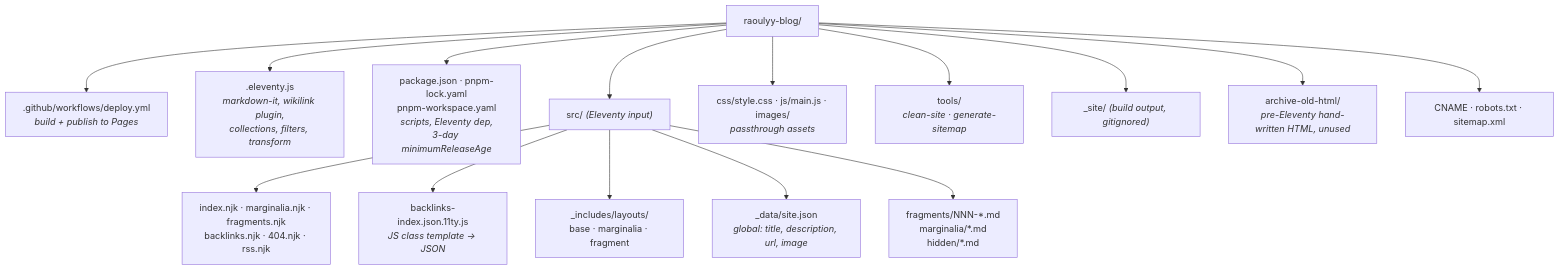
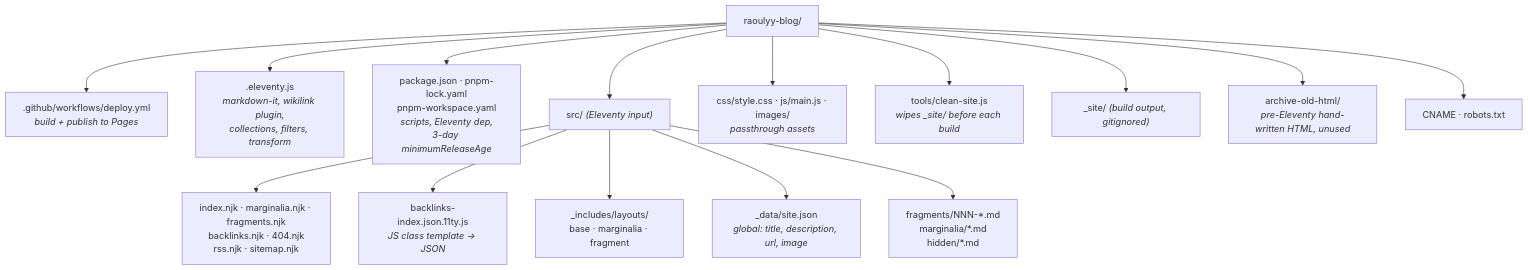
The second of 9 diagrams in ARCHITECTURE.md (raoul-g/raoulyy-blog), drawn with Mermaid before and after one commit. The commit also changed other lines of this file and 7 other files, not shown here.

First line of the commit message:
generate sitemap.xml as part of the Eleventy build

````diff
--- a/ARCHITECTURE.md
+++ b/ARCHITECTURE.md
@@ -55,20 +55,20 @@
 ```mermaid
 flowchart TB
     ROOT["raoulyy-blog/"]
 
     ROOT --> WF[".github/workflows/deploy.yml<br/><i>build + publish to Pages</i>"]
     ROOT --> CFG[".eleventy.js<br/><i>markdown-it, wikilink plugin,<br/>collections, filters, transform</i>"]
     ROOT --> PKG["package.json · pnpm-lock.yaml<br/>pnpm-workspace.yaml<br/><i>scripts, Eleventy dep,<br/>3-day minimumReleaseAge</i>"]
     ROOT --> SRC["src/ <i>(Eleventy input)</i>"]
     ROOT --> ASSETS["css/style.css · js/main.js · images/<br/><i>passthrough assets</i>"]
-    ROOT --> TOOLS["tools/<br/><i>clean-site · generate-sitemap</i>"]
+    ROOT --> TOOLS["tools/clean-site.js<br/><i>wipes _site/ before each build</i>"]
     ROOT --> OUT["_site/ <i>(build output, gitignored)</i>"]
     ROOT --> ARCH["archive-old-html/<br/><i>pre-Eleventy hand-written HTML, unused</i>"]
-    ROOT --> MISC["CNAME · robots.txt · sitemap.xml"]
+    ROOT --> MISC["CNAME · robots.txt"]
 
-    SRC --> PAGES_["index.njk · marginalia.njk · fragments.njk<br/>backlinks.njk · 404.njk · rss.njk"]
+    SRC --> PAGES_["index.njk · marginalia.njk · fragments.njk<br/>backlinks.njk · 404.njk<br/>rss.njk · sitemap.njk"]
     SRC --> JSONT["backlinks-index.json.11ty.js<br/><i>JS class template → JSON</i>"]
     SRC --> LAYOUTS["_includes/layouts/<br/>base · marginalia · fragment"]
     SRC --> DATA["_data/site.json<br/><i>global: title, description, url, image</i>"]
     SRC --> CONTENT["fragments/NNN-*.md<br/>marginalia/*.md<br/>hidden/*.md"]
 ```
````
